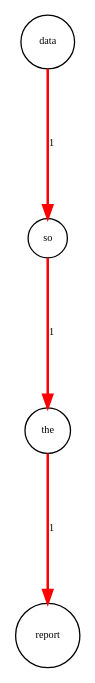
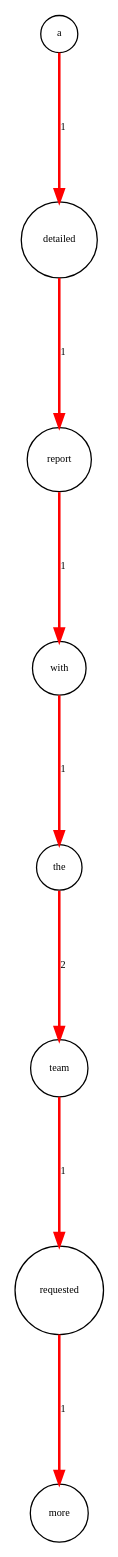
One commit to fei-fei126/Lab1-2022110525 changed the diagram in output/shortest/directed_graph_shortest1.dot. Above: the diagram before and after it, drawn with Graphviz. The commit also changed 10 other files, not shown here.

```diff
--- a/output/shortest/directed_graph_shortest1.dot
+++ b/output/shortest/directed_graph_shortest1.dot
@@ -1,12 +1,20 @@
 digraph G {
 	graph [nodesep=0.5, ranksep=1.5, overlap=false, splines=true];
 	node [shape=circle, width=0.4, height=0.4, fontsize=8];
 	edge [fontsize=8];
 	the [label="the"];
-	data [label="data"];
+	a [label="a"];
+	with [label="with"];
+	requested [label="requested"];
+	detailed [label="detailed"];
+	more [label="more"];
 	report [label="report"];
-	so [label="so"];
-	data -> so [label="1", color="red", penwidth=2];
-	so -> the [label="1", color="red", penwidth=2];
-	the -> report [label="1", color="red", penwidth=2];
+	team [label="team"];
+	a -> detailed [label="1", color="red", penwidth=2];
+	detailed -> report [label="1", color="red", penwidth=2];
+	report -> with [label="1", color="red", penwidth=2];
+	with -> the [label="1", color="red", penwidth=2];
+	the -> team [label="2", color="red", penwidth=2];
+	team -> requested [label="1", color="red", penwidth=2];
+	requested -> more [label="1", color="red", penwidth=2];
 }
```
